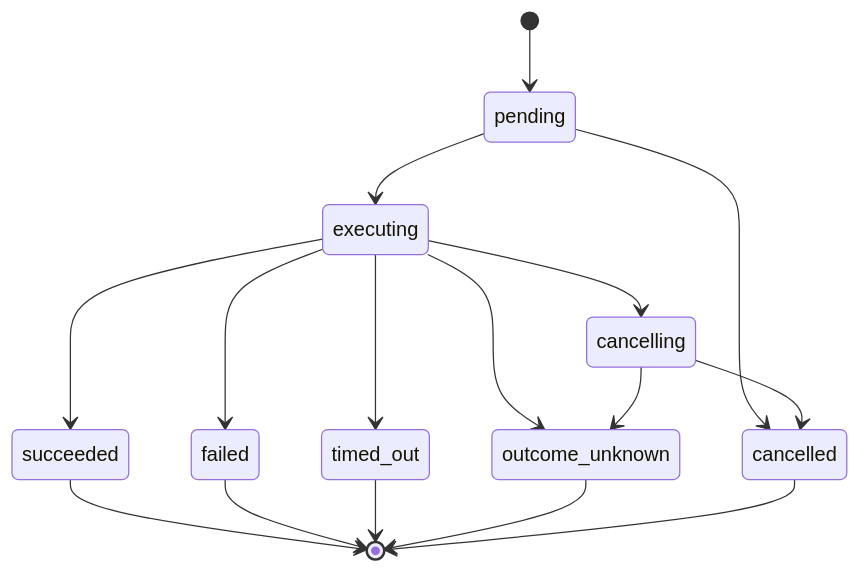
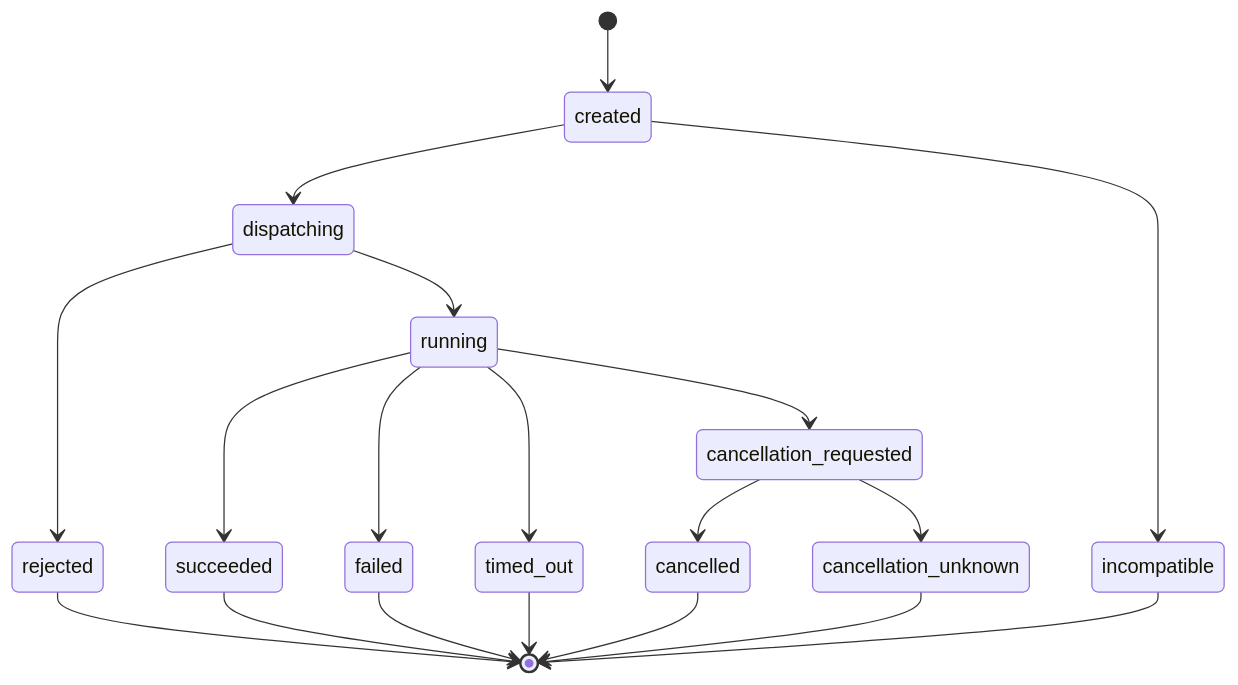
The second of 6 diagrams in docs/state-machines.md (wzw57/OpenShadow), drawn with Mermaid before and after one commit. The commit also changed other lines of this file, not shown here.

```diff
--- a/docs/state-machines.md
+++ b/docs/state-machines.md
@@ -68,18 +70,21 @@
 ~~~mermaid
 stateDiagram-v2
-    [*] --> pending
-    pending --> executing
-    executing --> succeeded
-    executing --> failed
-    executing --> timed_out
-    executing --> outcome_unknown
-    pending --> cancelled
-    executing --> cancelling
-    cancelling --> cancelled
-    cancelling --> outcome_unknown
+    [*] --> created
+    created --> dispatching
+    dispatching --> running
+    dispatching --> rejected
+    running --> succeeded
+    running --> failed
+    running --> timed_out
+    running --> cancellation_requested
+    cancellation_requested --> cancelled
+    cancellation_requested --> cancellation_unknown
+    created --> incompatible
+    rejected --> [*]
     succeeded --> [*]
     failed --> [*]
     timed_out --> [*]
-    outcome_unknown --> [*]
     cancelled --> [*]
+    cancellation_unknown --> [*]
+    incompatible --> [*]
 ~~~
```
